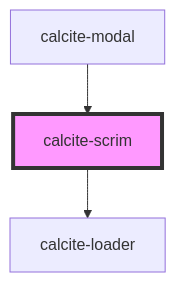
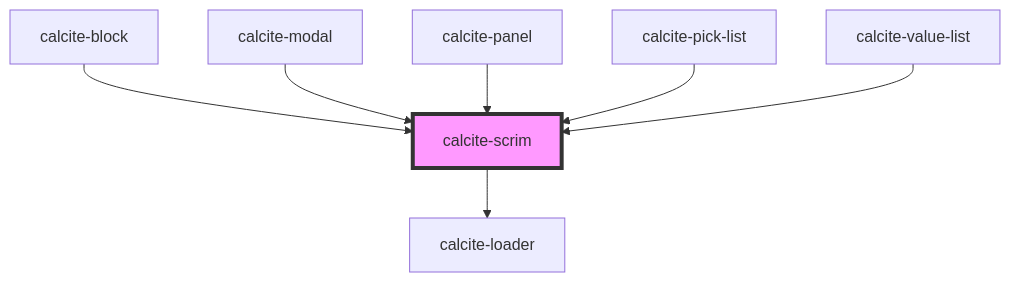
One commit to vikivakarvc/calcite-design-system changed the diagram in src/components/calcite-scrim/readme.md. Above: the diagram before and after it, drawn with Mermaid. The commit also changed other lines of this file and 29 other files, not shown here.

````diff
--- a/src/components/calcite-scrim/readme.md
+++ b/src/components/calcite-scrim/readme.md
@@ -58,6 +62,10 @@
 ```mermaid
 graph TD;
   calcite-scrim --> calcite-loader
+  calcite-block --> calcite-scrim
   calcite-modal --> calcite-scrim
+  calcite-panel --> calcite-scrim
+  calcite-pick-list --> calcite-scrim
+  calcite-value-list --> calcite-scrim
   style calcite-scrim fill:#f9f,stroke:#333,stroke-width:4px
 ```
````
